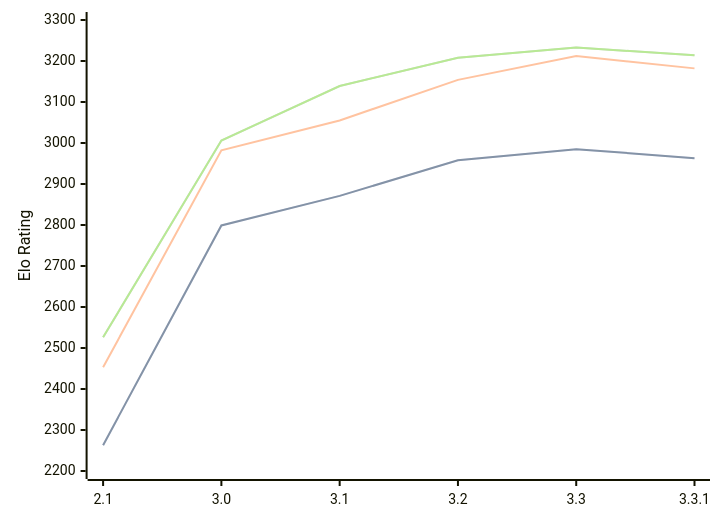
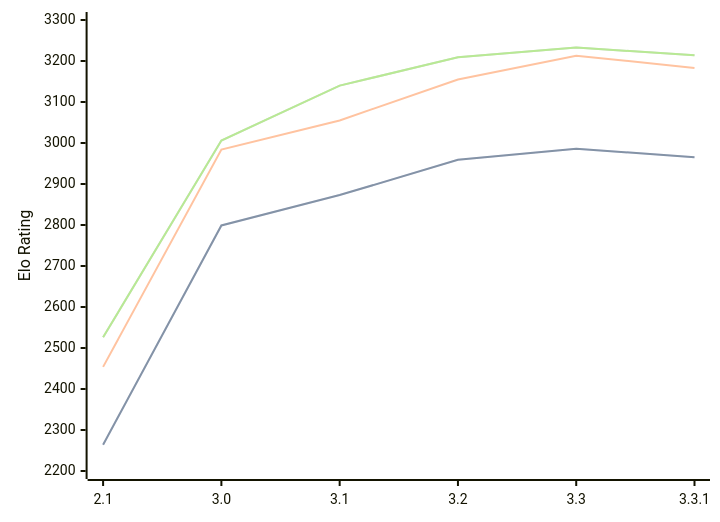
The diagram in engines/Petrel.md (computer-chess-index/cci), drawn with Mermaid before and after one commit. The commit also changed other lines of this file, not shown here.

Commit message:
Update CCI Ratings (ELO VLTC) - 2026-05-01

````diff
--- a/engines/Petrel.md
+++ b/engines/Petrel.md
@@ -45,11 +45,11 @@
 ```mermaid
 %%{init: {"theme":"base","themeVariables":{"seriesColors:['#a3a3a3','#222221','#faa371']}}}%%
 xychart-beta
   x-axis ["2.1", "3.0", "3.1", "3.2", "3.3", "3.3.1"]
   y-axis "Elo Rating" 2200 --> 3300
-  line "STC (8.0+0.08s)" [2263, 2799, 2871, 2958, 2985, 2963]
-  line "STC (8.0+0.08s)" [2263, 2799, 2871, 2958, 2985, 2963]
-  line "LTC (60.0+0.60s)" [2453, 2982, 3055, 3154, 3212, 3182]
-  line "VLTC (2m24s+1.12s)" [2526, 3006, 3139, 3208, 3233, 3214]
-  line "VLTC (2m24s+1.12s)" [2526, 3006, 3139, 3208, 3233, 3214]
+  line "STC (8.0+0.08s)" [2264, 2799, 2873, 2959, 2986, 2965]
+  line "STC (8.0+0.08s)" [2264, 2799, 2873, 2959, 2986, 2965]
+  line "LTC (60.0+0.60s)" [2454, 2984, 3055, 3155, 3213, 3183]
+  line "VLTC (2m24s+1.12s)" [2526, 3006, 3140, 3209, 3233, 3214]
+  line "VLTC (2m24s+1.12s)" [2526, 3006, 3140, 3209, 3233, 3214]
 ```
````
